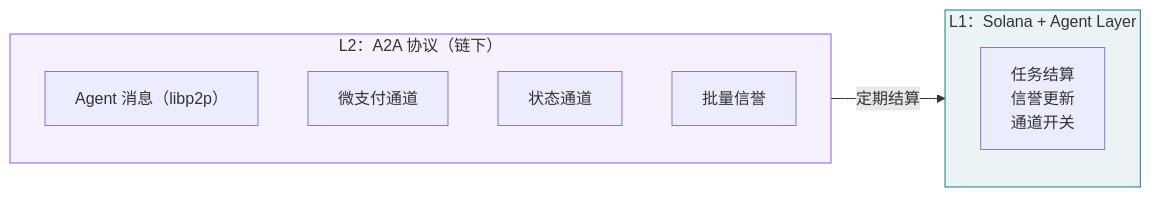
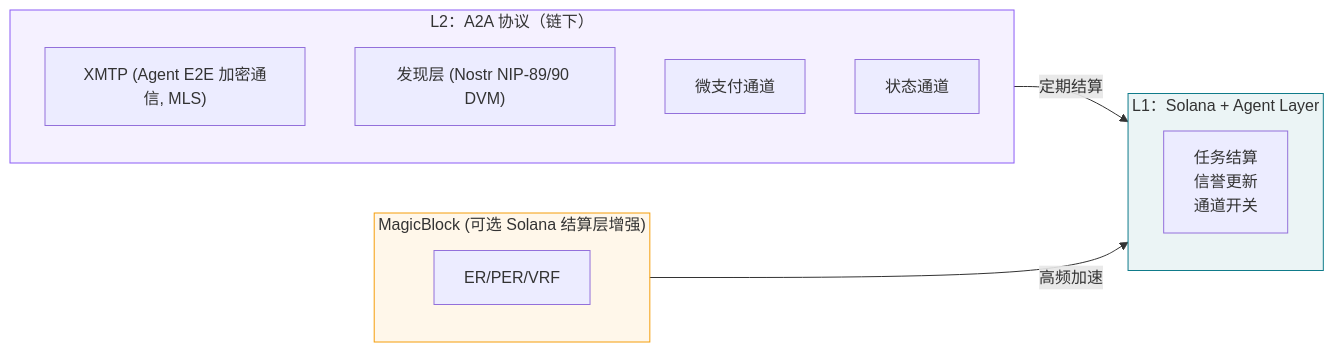
One commit to DaviRain-Su/gradience changed the third of 8 diagrams in protocol/README-zh.md. Above: the diagram before and after it, drawn with Mermaid. The commit also changed other lines of this file and 42 other files, not shown here.

First line of the commit message:
docs: architecture refactor u2014 five-layer alignment, agent-daemon status sync

````diff
--- a/protocol/README-zh.md
+++ b/protocol/README-zh.md
@@ -140,17 +140,23 @@
 ```mermaid
 flowchart LR
     subgraph L1["L1：Solana + Agent Layer"]
         S["任务结算<br/>信誉更新<br/>通道开关"]
     end
     subgraph L2["L2：A2A 协议（链下）"]
-        M["Agent 消息（libp2p）"]
+        XMTP["XMTP (Agent E2E 加密通信, MLS)"]
+        Nostr["发现层 (Nostr NIP-89/90 DVM)"]
         P["微支付通道"]
         C["状态通道"]
-        B["批量信誉"]
+    end
+
+    subgraph Enhancement["MagicBlock (可选 Solana 结算层增强)"]
+        MB["ER/PER/VRF"]
     end
     
     L2 -->|"定期结算"| L1
+    Enhancement -->|"高频加速"| L1
     
     style L1 fill:#0f7b8a15,stroke:#0f7b8a
     style L2 fill:#8b5cf615,stroke:#8b5cf6
+    style Enhancement fill:#f59e0b15,stroke:#f59e0b
 ```
````
